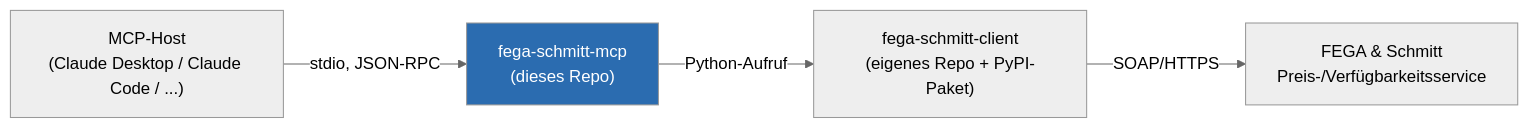
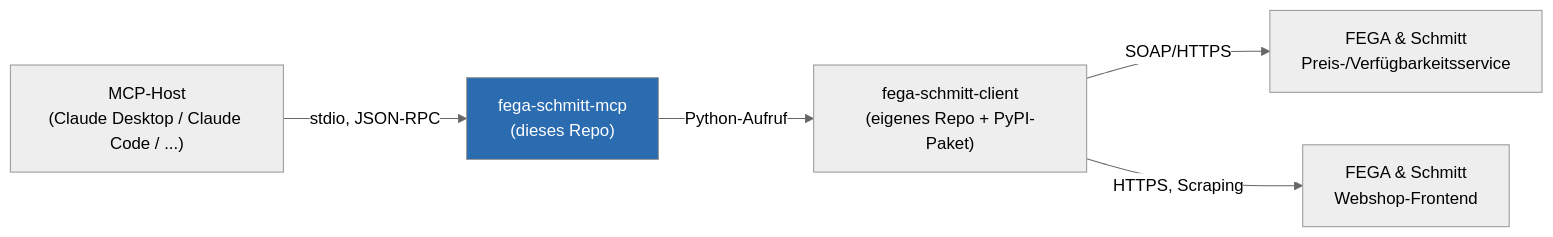
The diagram in README.md (the78mole/fega-schmitt-mcp), drawn with Mermaid (neutral theme) before and after one commit. The commit also changed other lines of this file and 8 other files, not shown here.

Commit message:
feat: add webshop integration with shop frontend tools

````diff
--- a/README.md
+++ b/README.md
@@ -20,8 +22,9 @@
 ```mermaid
 graph LR
     Host["MCP-Host<br/>(Claude Desktop / Claude Code / ...)"] -->|stdio, JSON-RPC| MCP["fega-schmitt-mcp<br/>(dieses Repo)"]
     MCP -->|Python-Aufruf| LIB["fega-schmitt-client<br/>(eigenes Repo + PyPI-Paket)"]
     LIB -->|SOAP/HTTPS| API["FEGA & Schmitt<br/>Preis-/Verfügbarkeitsservice"]
+    LIB -->|HTTPS, Scraping| SHOP["FEGA & Schmitt<br/>Webshop-Frontend"]
 
     style MCP fill:#2b6cb0,color:#fff
 ```
````
